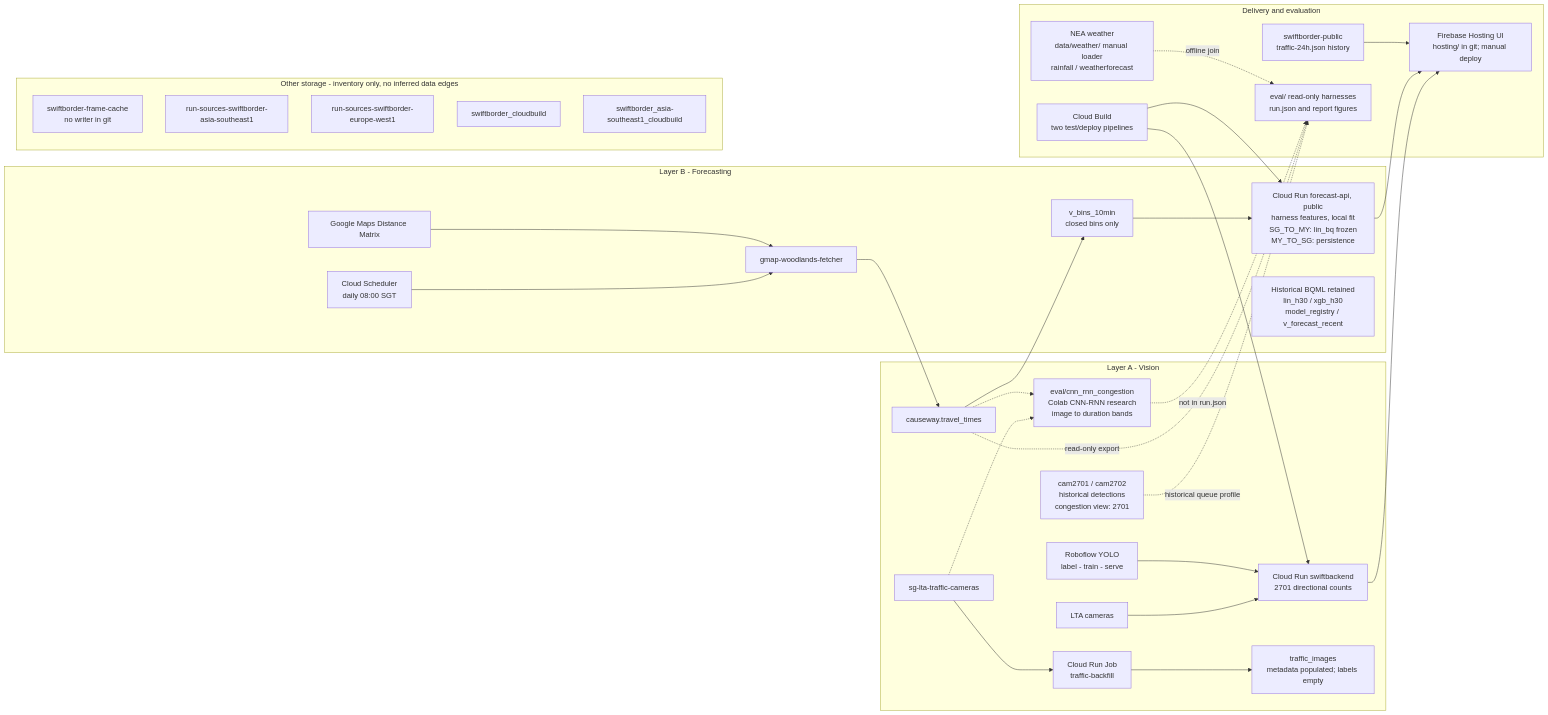
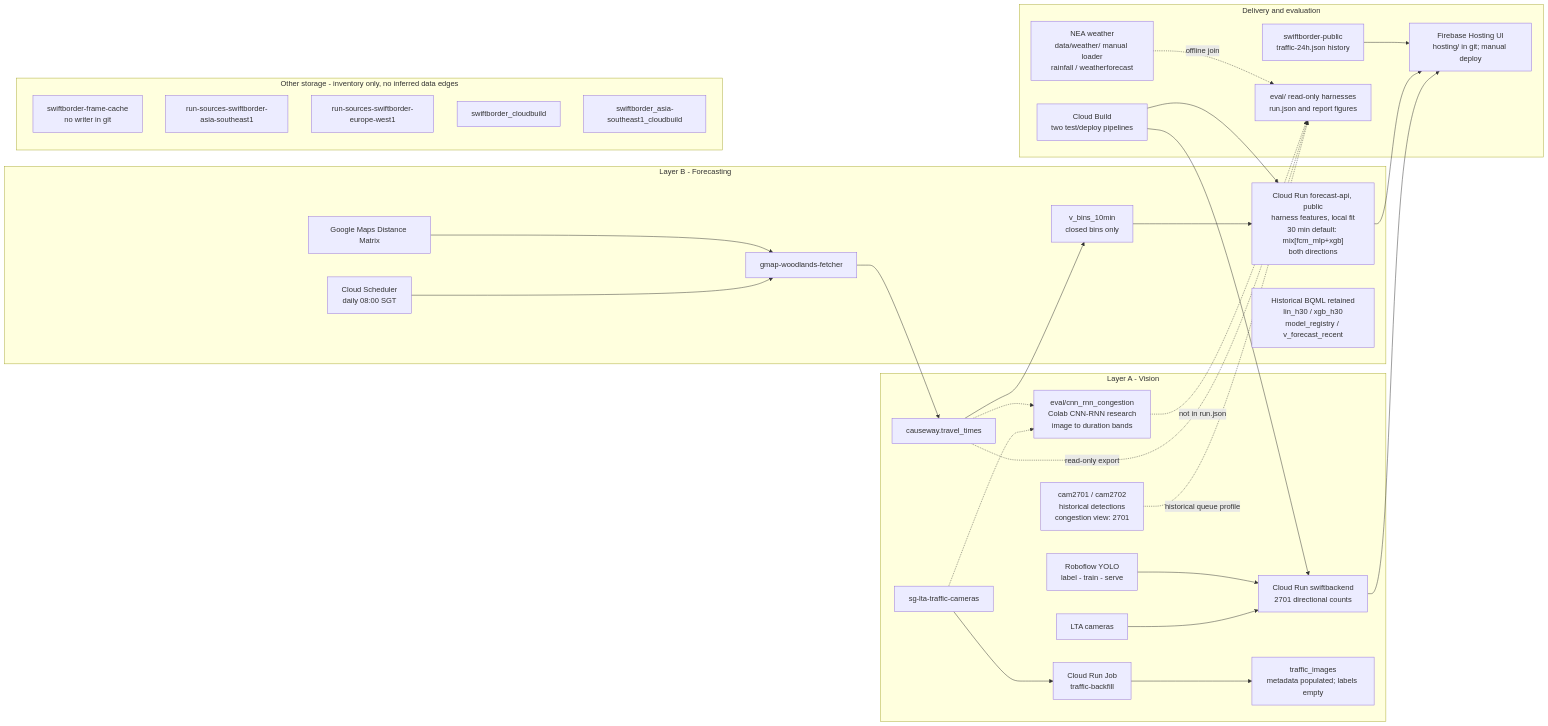
Before and after one commit to sozuken-max/swiftborder: the diagram in docs/diagrams/architecture-detailed.mmd, drawn with Mermaid. The commit also changed 16 other files, not shown here.

```diff
--- a/docs/diagrams/architecture-detailed.mmd
+++ b/docs/diagrams/architecture-detailed.mmd
@@ -1,39 +1,39 @@
 flowchart LR
   subgraph LA["Layer A - Vision"]
     LTA["LTA cameras"] --> SB["Cloud Run swiftbackend<br/>2701 directional counts"]
     RF["Roboflow YOLO<br/>label - train - serve"] --> SB
     CAM["sg-lta-traffic-cameras"] --> JOB["Cloud Run Job<br/>traffic-backfill"]
     JOB --> META["traffic_images<br/>metadata populated; labels empty"]
     HIST["cam2701 / cam2702<br/>historical detections<br/>congestion view: 2701"]
     CNNRNN["eval/cnn_rnn_congestion<br/>Colab CNN-RNN research<br/>image to duration bands"]
     CAM -.-> CNNRNN
     TT -.-> CNNRNN
   end
   subgraph LB["Layer B - Forecasting"]
     SCH["Cloud Scheduler<br/>daily 08:00 SGT"] --> ING["gmap-woodlands-fetcher"]
     MAPS["Google Maps Distance Matrix"] --> ING
     ING --> TT["causeway.travel_times"]
     TT --> FEATURES["v_bins_10min<br/>closed bins only"]
-    FEATURES --> API["Cloud Run forecast-api, public<br/>harness features, local fit<br/>SG_TO_MY: lin_bq frozen<br/>MY_TO_SG: persistence"]
+    FEATURES --> API["Cloud Run forecast-api, public<br/>harness features, local fit<br/>30 min default: mix[fcm_mlp+xgb]<br/>both directions"]
     LEGACY["Historical BQML retained<br/>lin_h30 / xgb_h30<br/>model_registry / v_forecast_recent"]
   end
   subgraph DELIVERY["Delivery and evaluation"]
     BUILD["Cloud Build<br/>two test/deploy pipelines"] --> SB
     BUILD --> API
     UI["Firebase Hosting UI<br/>hosting/ in git; manual deploy"]
     SB --> UI
     API --> UI
     PUB["swiftborder-public<br/>traffic-24h.json history"] --> UI
     EVAL["eval/ read-only harnesses<br/>run.json and report figures"]
     WX["NEA weather<br/>data/weather/ manual loader<br/>rainfall / weatherforecast"] -.->|"offline join"| EVAL
     HIST -.->|"historical queue profile"| EVAL
     TT -.->|"read-only export"| EVAL
     CNNRNN -.->|"not in run.json"| EVAL
   end
   subgraph STORAGE["Other storage - inventory only, no inferred data edges"]
     CACHE["swiftborder-frame-cache<br/>no writer in git"]
     RS1["run-sources-swiftborder-asia-southeast1"]
     RS2["run-sources-swiftborder-europe-west1"]
     CB["swiftborder_cloudbuild"]
     CBA["swiftborder_asia-southeast1_cloudbuild"]
   end
```
